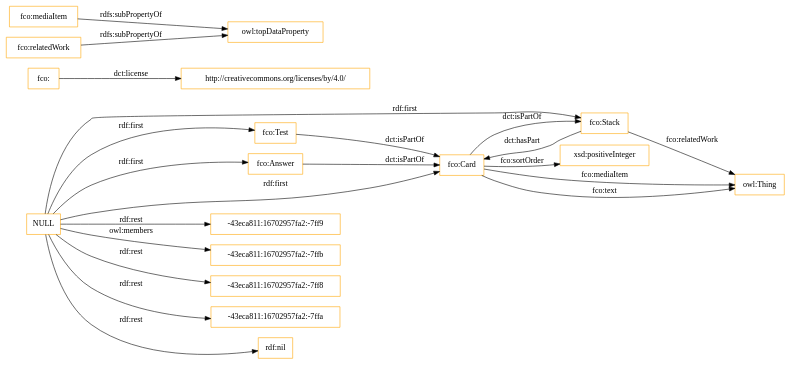
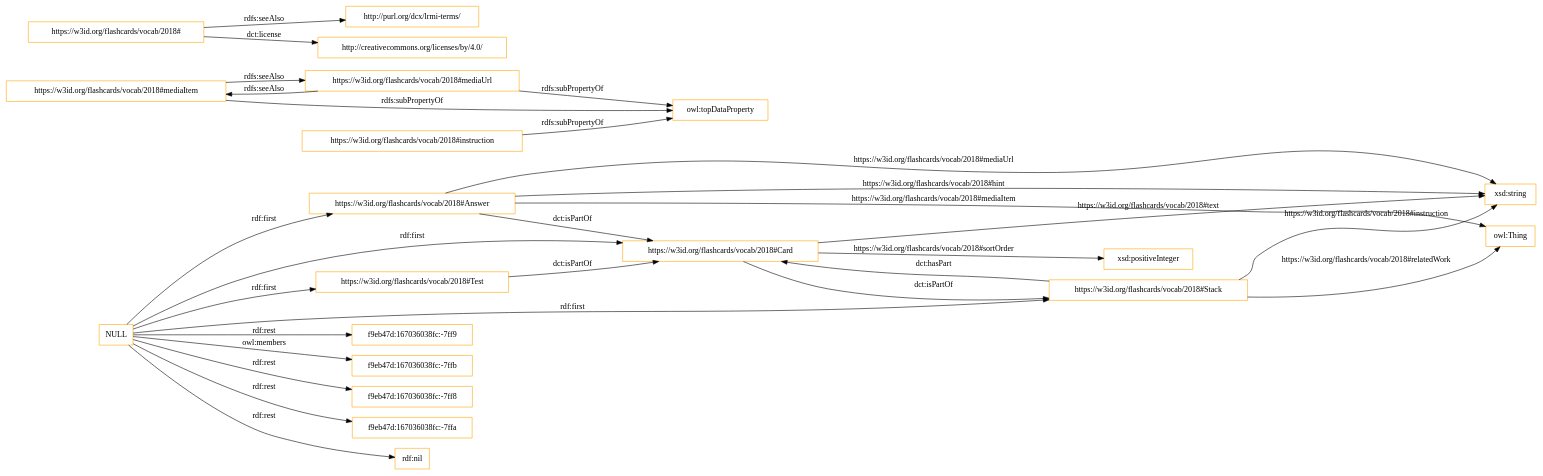
Before and after one commit to OnToologyUser/flashcard-vocabulary: the diagram in OnToology/flashcardvoc.owl/diagrams/ar2dtool-class/flashcardvoc.owl.png.dot, drawn with Graphviz. The commit also changed 9 other files, not shown here.

```diff
--- a/OnToology/flashcardvoc.owl/diagrams/ar2dtool-class/flashcardvoc.owl.png.dot
+++ b/OnToology/flashcardvoc.owl/diagrams/ar2dtool-class/flashcardvoc.owl.png.dot
@@ -1,26 +1,33 @@
 digraph ar2dtool_diagram { 
 rankdir=LR;
 size="1501"
-node [shape = rectangle, color="orange"]; "fco:Test" "fco:Stack" "fco:Card" "fco:Answer" ; /*classes style*/
-	"fco:Card" -> "fco:Stack" [ label = "dct:isPartOf" ];
-	"fco:Test" -> "fco:Card" [ label = "dct:isPartOf" ];
-	"fco:Answer" -> "fco:Card" [ label = "dct:isPartOf" ];
-	"fco:Stack" -> "fco:Card" [ label = "dct:hasPart" ];
-	"fco:" -> "http://creativecommons.org/licenses/by/4.0/" [ label = "dct:license" ];
-	"fco:mediaItem" -> "owl:topDataProperty" [ label = "rdfs:subPropertyOf" ];
-	"fco:relatedWork" -> "owl:topDataProperty" [ label = "rdfs:subPropertyOf" ];
-	"NULL" -> "-43eca811:16702957fa2:-7ff9" [ label = "rdf:rest" ];
-	"NULL" -> "fco:Card" [ label = "rdf:first" ];
-	"NULL" -> "-43eca811:16702957fa2:-7ffb" [ label = "owl:members" ];
-	"NULL" -> "-43eca811:16702957fa2:-7ff8" [ label = "rdf:rest" ];
-	"NULL" -> "fco:Stack" [ label = "rdf:first" ];
-	"NULL" -> "-43eca811:16702957fa2:-7ffa" [ label = "rdf:rest" ];
-	"NULL" -> "fco:Answer" [ label = "rdf:first" ];
+node [shape = rectangle, color="orange"]; "https://w3id.org/flashcards/vocab/2018#Test" "https://w3id.org/flashcards/vocab/2018#Stack" "https://w3id.org/flashcards/vocab/2018#Card" "https://w3id.org/flashcards/vocab/2018#Answer" ; /*classes style*/
+	"https://w3id.org/flashcards/vocab/2018#Card" -> "https://w3id.org/flashcards/vocab/2018#Stack" [ label = "dct:isPartOf" ];
+	"https://w3id.org/flashcards/vocab/2018#mediaItem" -> "https://w3id.org/flashcards/vocab/2018#mediaUrl" [ label = "rdfs:seeAlso" ];
+	"https://w3id.org/flashcards/vocab/2018#mediaItem" -> "owl:topDataProperty" [ label = "rdfs:subPropertyOf" ];
+	"https://w3id.org/flashcards/vocab/2018#Answer" -> "https://w3id.org/flashcards/vocab/2018#Card" [ label = "dct:isPartOf" ];
+	"https://w3id.org/flashcards/vocab/2018#Test" -> "https://w3id.org/flashcards/vocab/2018#Card" [ label = "dct:isPartOf" ];
+	"https://w3id.org/flashcards/vocab/2018#instruction" -> "owl:topDataProperty" [ label = "rdfs:subPropertyOf" ];
+	"https://w3id.org/flashcards/vocab/2018#mediaUrl" -> "https://w3id.org/flashcards/vocab/2018#mediaItem" [ label = "rdfs:seeAlso" ];
+	"https://w3id.org/flashcards/vocab/2018#mediaUrl" -> "owl:topDataProperty" [ label = "rdfs:subPropertyOf" ];
+	"https://w3id.org/flashcards/vocab/2018#Stack" -> "https://w3id.org/flashcards/vocab/2018#Card" [ label = "dct:hasPart" ];
+	"NULL" -> "f9eb47d:167036038fc:-7ff9" [ label = "rdf:rest" ];
+	"NULL" -> "https://w3id.org/flashcards/vocab/2018#Card" [ label = "rdf:first" ];
+	"NULL" -> "f9eb47d:167036038fc:-7ffb" [ label = "owl:members" ];
+	"NULL" -> "f9eb47d:167036038fc:-7ff8" [ label = "rdf:rest" ];
+	"NULL" -> "https://w3id.org/flashcards/vocab/2018#Stack" [ label = "rdf:first" ];
+	"NULL" -> "f9eb47d:167036038fc:-7ffa" [ label = "rdf:rest" ];
+	"NULL" -> "https://w3id.org/flashcards/vocab/2018#Answer" [ label = "rdf:first" ];
 	"NULL" -> "rdf:nil" [ label = "rdf:rest" ];
-	"NULL" -> "fco:Test" [ label = "rdf:first" ];
-	"fco:Card" -> "xsd:positiveInteger" [ label = "fco:sortOrder" ];
-	"fco:Stack" -> "owl:Thing" [ label = "fco:relatedWork" ];
-	"fco:Card" -> "owl:Thing" [ label = "fco:mediaItem" ];
-	"fco:Card" -> "owl:Thing" [ label = "fco:text" ];
+	"NULL" -> "https://w3id.org/flashcards/vocab/2018#Test" [ label = "rdf:first" ];
+	"https://w3id.org/flashcards/vocab/2018#" -> "http://purl.org/dcx/lrmi-terms/" [ label = "rdfs:seeAlso" ];
+	"https://w3id.org/flashcards/vocab/2018#" -> "http://creativecommons.org/licenses/by/4.0/" [ label = "dct:license" ];
+	"https://w3id.org/flashcards/vocab/2018#Stack" -> "xsd:string" [ label = "https://w3id.org/flashcards/vocab/2018#instruction" ];
+	"https://w3id.org/flashcards/vocab/2018#Card" -> "xsd:string" [ label = "https://w3id.org/flashcards/vocab/2018#text" ];
+	"https://w3id.org/flashcards/vocab/2018#Answer" -> "xsd:string" [ label = "https://w3id.org/flashcards/vocab/2018#mediaUrl" ];
+	"https://w3id.org/flashcards/vocab/2018#Stack" -> "owl:Thing" [ label = "https://w3id.org/flashcards/vocab/2018#relatedWork" ];
+	"https://w3id.org/flashcards/vocab/2018#Answer" -> "owl:Thing" [ label = "https://w3id.org/flashcards/vocab/2018#mediaItem" ];
+	"https://w3id.org/flashcards/vocab/2018#Card" -> "xsd:positiveInteger" [ label = "https://w3id.org/flashcards/vocab/2018#sortOrder" ];
+	"https://w3id.org/flashcards/vocab/2018#Answer" -> "xsd:string" [ label = "https://w3id.org/flashcards/vocab/2018#hint" ];
 
 }
```
